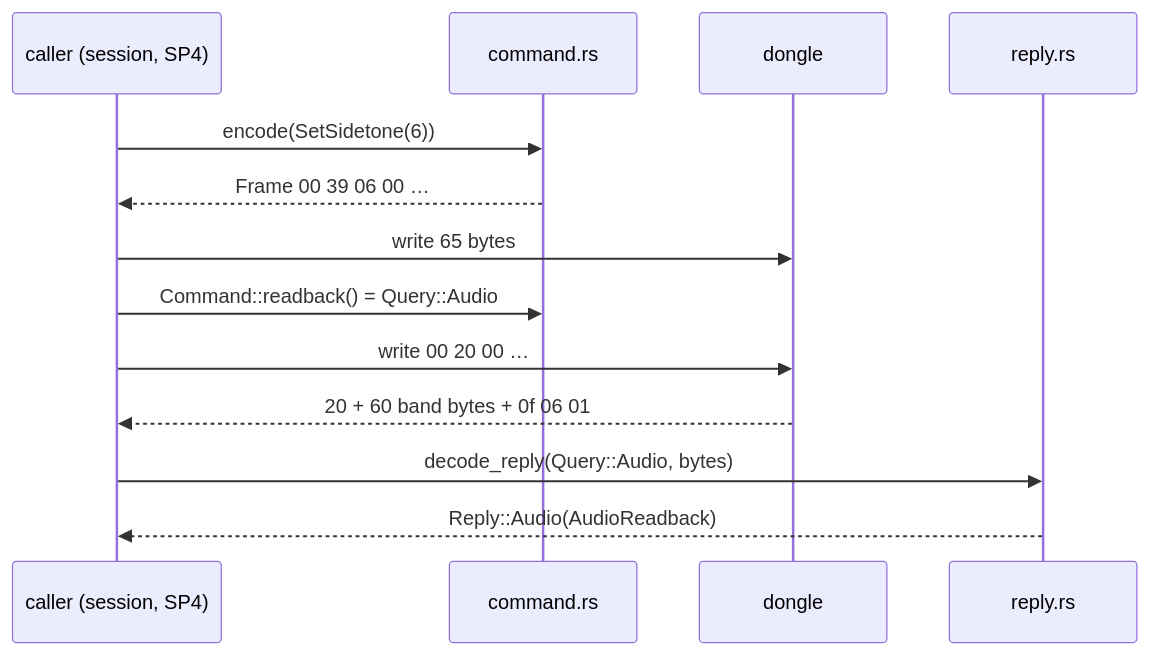
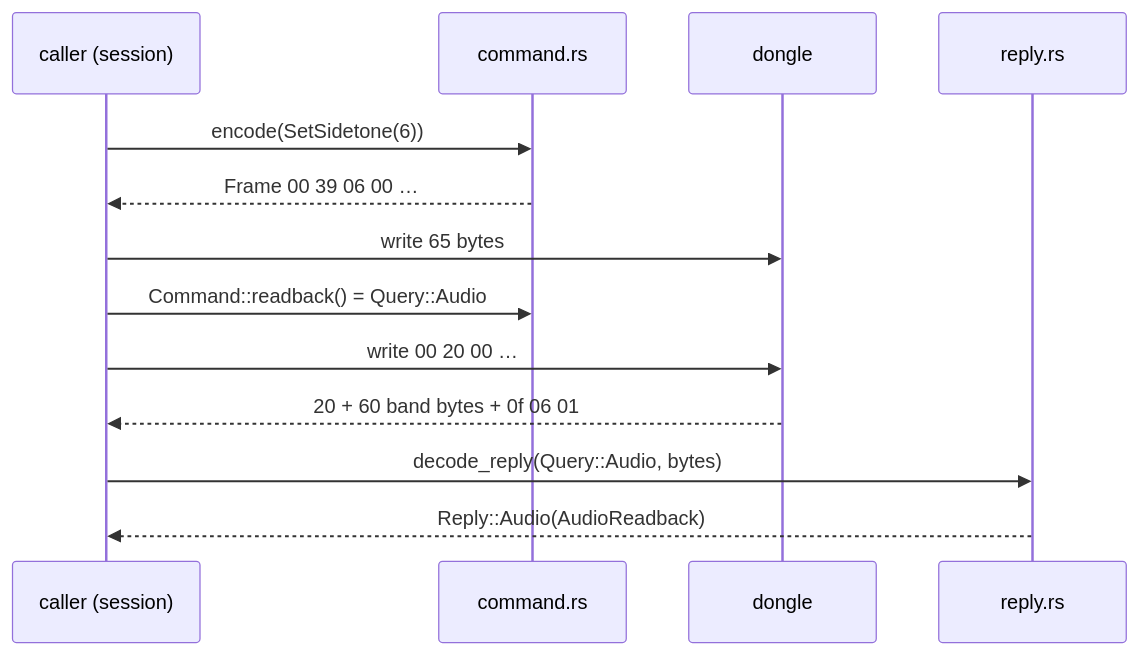
One commit to marcelogm/arctis-companion changed the second of 4 diagrams in docs/architecture/protocol.md. Above: the diagram before and after it, drawn with Mermaid. The commit also changed other lines of this file and 48 other files, not shown here.

````diff
--- a/docs/architecture/protocol.md
+++ b/docs/architecture/protocol.md
@@ -38,15 +38,15 @@
 ```mermaid
 sequenceDiagram
-    participant S as caller (session, SP4)
+    participant S as caller (session)
     participant C as command.rs
     participant D as dongle
     participant R as reply.rs
     S->>C: encode(SetSidetone(6))
     C-->>S: Frame 00 39 06 00 …
     S->>D: write 65 bytes
     S->>C: Command::readback() = Query::Audio
     S->>D: write 00 20 00 …
     D-->>S: 20 + 60 band bytes + 0f 06 01
     S->>R: decode_reply(Query::Audio, bytes)
     R-->>S: Reply::Audio(AudioReadback)
 ```
````
